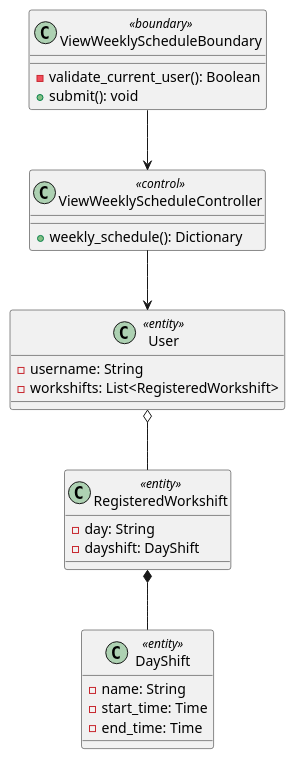
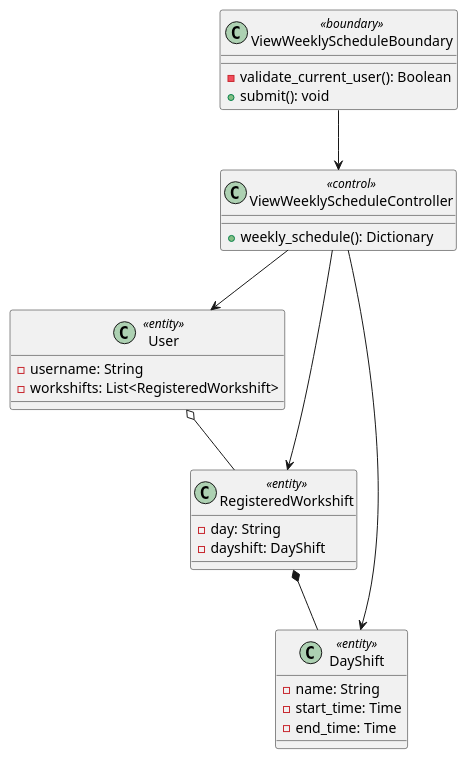
Before and after one commit to LapTQ/MCT: the diagram in docs/UML/Class Diagrams/view-weekly-schedule.pu, drawn with PlantUML. The commit also changed 71 other files, not shown here.

```diff
--- a/docs/UML/Class Diagrams/view-weekly-schedule.pu
+++ b/docs/UML/Class Diagrams/view-weekly-schedule.pu
@@ -1,37 +1,39 @@
 @startuml
 
 
 class ViewWeeklyScheduleBoundary <<boundary>> {
 
     - validate_current_user(): Boolean
     + submit(): void
 }
 
 class ViewWeeklyScheduleController <<control>> {
 
     + weekly_schedule(): Dictionary
 }
 
 class User <<entity>> {
     - username: String
     - workshifts: List<RegisteredWorkshift>
 }
 
 class RegisteredWorkshift <<entity>> {
     - day: String
     - dayshift: DayShift
 }
 
 class DayShift <<entity>> {
     - name: String
     - start_time: Time
     - end_time: Time
 }
 
 ViewWeeklyScheduleBoundary --> ViewWeeklyScheduleController
 ViewWeeklyScheduleController --> User
+ViewWeeklyScheduleController --> RegisteredWorkshift
+ViewWeeklyScheduleController --> DayShift
 User o-- RegisteredWorkshift
 RegisteredWorkshift *-- DayShift
 
 
 @enduml
```
